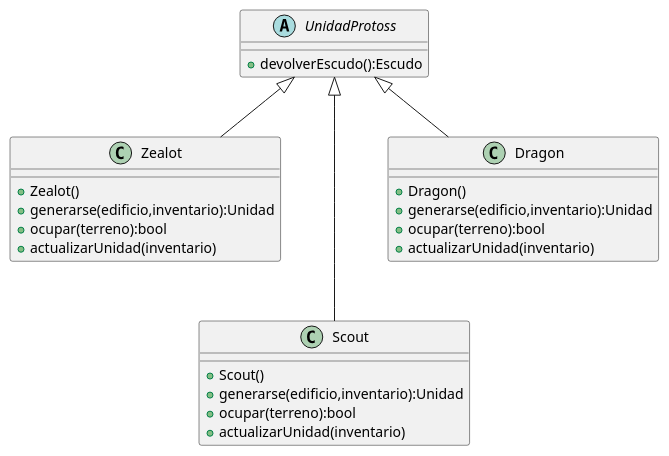
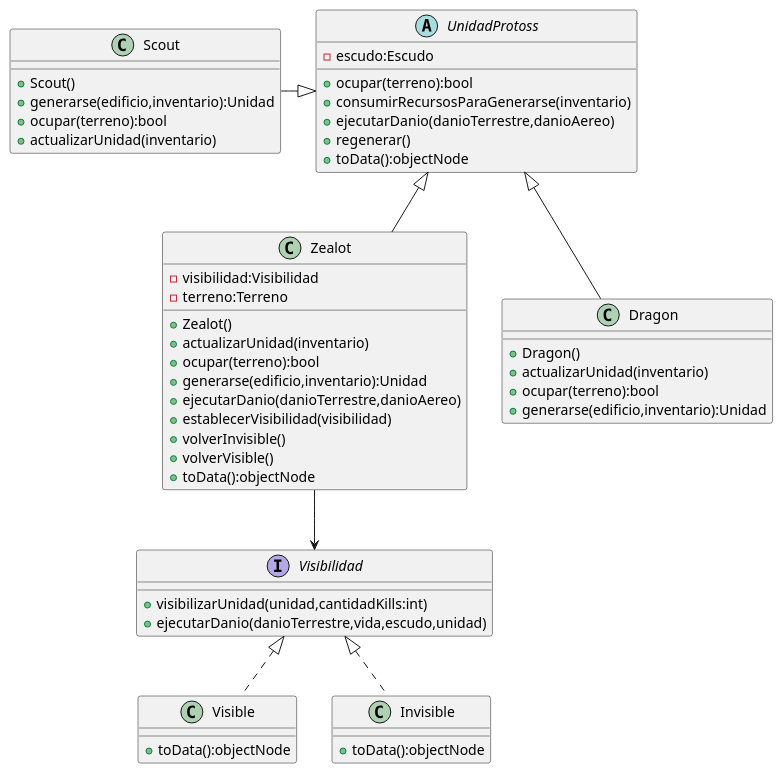
The diagram in diagrams/Modelo/class/clase_unidad_protoss.puml (LucasMBarrientos/algo3_tp2), drawn with PlantUML before and after one commit. The commit also changed 4 other files, not shown here.

Commit message:
todos los diagramas

```diff
--- a/diagrams/Modelo/class/clase_unidad_protoss.puml
+++ b/diagrams/Modelo/class/clase_unidad_protoss.puml
@@ -1,29 +1,59 @@
 @startuml
 abstract UnidadProtoss{
-+devolverEscudo():Escudo
+
+-escudo:Escudo
++ocupar(terreno):bool
++consumirRecursosParaGenerarse(inventario)
++ejecutarDanio(danioTerrestre,danioAereo)
++regenerar()
++toData():objectNode
 }
 
 class Zealot{
+-visibilidad:Visibilidad
+-terreno:Terreno
 +Zealot()
++actualizarUnidad(inventario)
++ocupar(terreno):bool
 +generarse(edificio,inventario):Unidad
-+ocupar(terreno):bool
-+actualizarUnidad(inventario)
++ejecutarDanio(danioTerrestre,danioAereo)
++establecerVisibilidad(visibilidad)
++volverInvisible()
++volverVisible()
++toData():objectNode
 }
 
 class Scout{
 +Scout()
 +generarse(edificio,inventario):Unidad
 +ocupar(terreno):bool
 +actualizarUnidad(inventario)
 }
 
 class Dragon{
 +Dragon()
++actualizarUnidad(inventario)
++ocupar(terreno):bool
 +generarse(edificio,inventario):Unidad
-+ocupar(terreno):bool
-+actualizarUnidad(inventario)
 }
+
 UnidadProtoss <|-- Zealot
-UnidadProtoss <|--- Scout
+UnidadProtoss <|-left- Scout
 UnidadProtoss <|-- Dragon
+Zealot --> Visibilidad
+Visibilidad <|.. Visible
+Visibilidad <|.. Invisible
+
+interface Visibilidad{
++visibilizarUnidad(unidad,cantidadKills:int)
++ejecutarDanio(danioTerrestre,vida,escudo,unidad)
+}
+class Visible{
++toData():objectNode
+
+}
+class Invisible{
++toData():objectNode
+
+}
 @enduml
```
